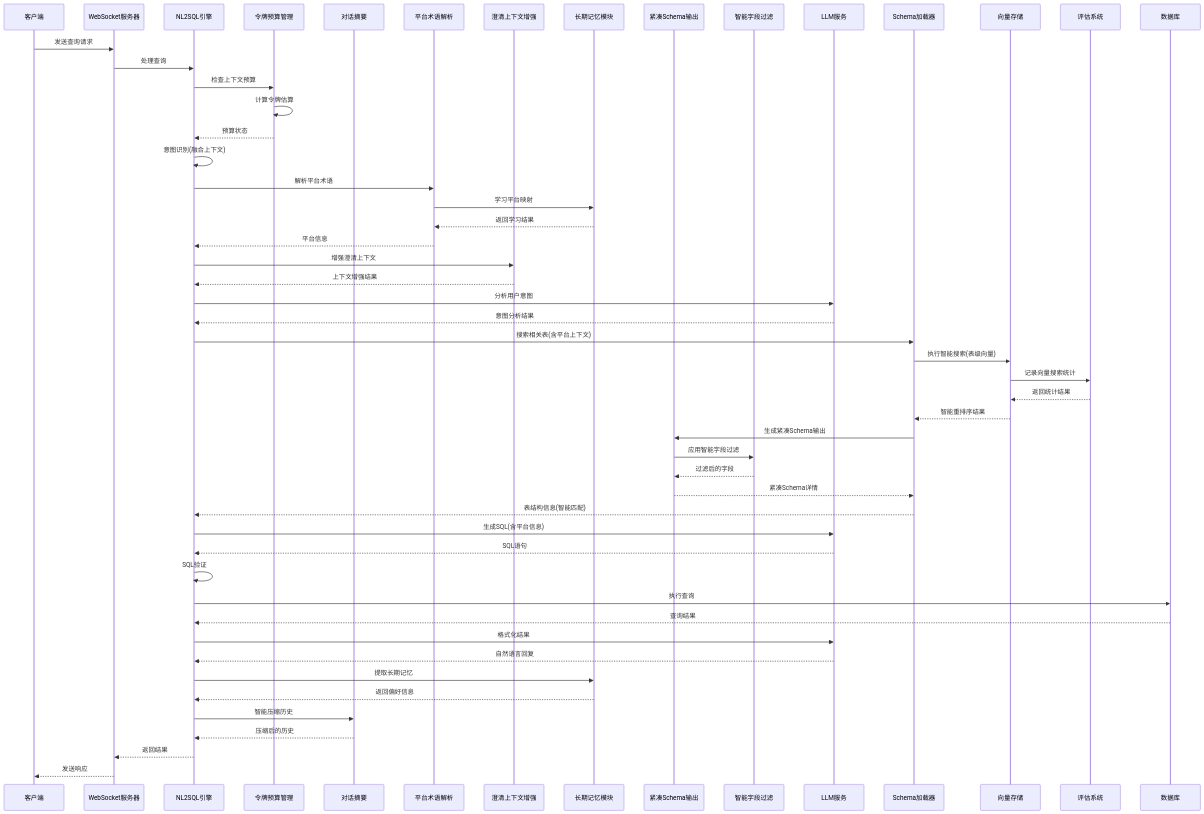
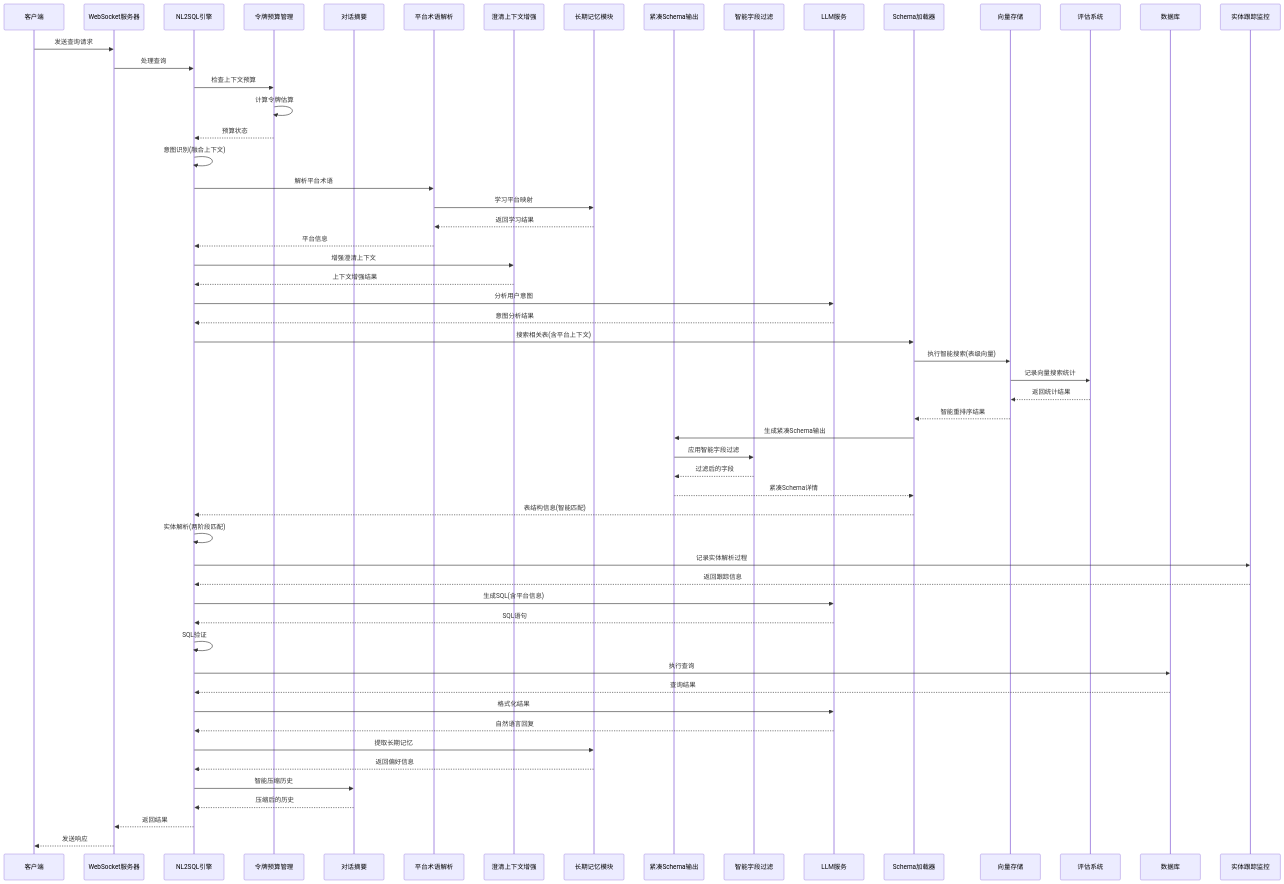
Before and after one commit to HanHuiOnLine/724-office: the third of 38 diagrams in .qoder/repowiki/zh/content/核心模块详解/NL2SQL自然语言到SQL系统/NL2SQL自然语言到SQL系统.md, drawn with Mermaid. The commit also changed other lines of this file and 12 other files, not shown here.

````diff
--- a/.qoder/repowiki/zh/content/核心模块详解/NL2SQL自然语言到SQL系统/NL2SQL自然语言到SQL系统.md
+++ b/.qoder/repowiki/zh/content/核心模块详解/NL2SQL自然语言到SQL系统/NL2SQL自然语言到SQL系统.md
@@ -385,55 +424,59 @@
 ```mermaid
 sequenceDiagram
 participant Client as 客户端
 participant WS as WebSocket服务器
 participant Engine as NL2SQL引擎
 participant Budget as 令牌预算管理
 participant Summarize as 对话摘要
 participant Platform as 平台术语解析
 participant Context as 澄清上下文增强
 participant Memory as 长期记忆模块
 participant CompactSchema as 紧凑Schema输出
 participant FieldFilter as 智能字段过滤
 participant LLM as LLM服务
 participant Schema as Schema加载器
 participant Vector as 向量存储
 participant Eval as 评估系统
 participant DB as 数据库
+participant EntityTrack as 实体跟踪监控
 Client->>WS : 发送查询请求
 WS->>Engine : 处理查询
 Engine->>Budget : 检查上下文预算
 Budget->>Budget : 计算令牌估算
 Budget-->>Engine : 预算状态
 Engine->>Engine : 意图识别(融合上下文)
 Engine->>Platform : 解析平台术语
 Platform->>Memory : 学习平台映射
 Memory-->>Platform : 返回学习结果
 Platform-->>Engine : 平台信息
 Engine->>Context : 增强澄清上下文
 Context-->>Engine : 上下文增强结果
 Engine->>LLM : 分析用户意图
 LLM-->>Engine : 意图分析结果
 Engine->>Schema : 搜索相关表(含平台上下文)
 Schema->>Vector : 执行智能搜索(表级向量)
 Vector->>Eval : 记录向量搜索统计
 Eval-->>Vector : 返回统计结果
 Vector-->>Schema : 智能重排序结果
 Schema->>CompactSchema : 生成紧凑Schema输出
 CompactSchema->>FieldFilter : 应用智能字段过滤
 FieldFilter-->>CompactSchema : 过滤后的字段
 CompactSchema-->>Schema : 紧凑Schema详情
 Schema-->>Engine : 表结构信息(智能匹配)
+Engine->>Engine : 实体解析(两阶段匹配)
+Engine->>EntityTrack : 记录实体解析过程
+EntityTrack-->>Engine : 返回跟踪信息
 Engine->>LLM : 生成SQL(含平台信息)
 LLM-->>Engine : SQL语句
 Engine->>Engine : SQL验证
 Engine->>DB : 执行查询
 DB-->>Engine : 查询结果
 Engine->>LLM : 格式化结果
 LLM-->>Engine : 自然语言回复
 Engine->>Memory : 提取长期记忆
 Memory-->>Engine : 返回偏好信息
 Engine->>Summarize : 智能压缩历史
 Summarize-->>Engine : 压缩后的历史
 Engine-->>WS : 返回结果
 WS-->>Client : 发送响应
 ```
````
